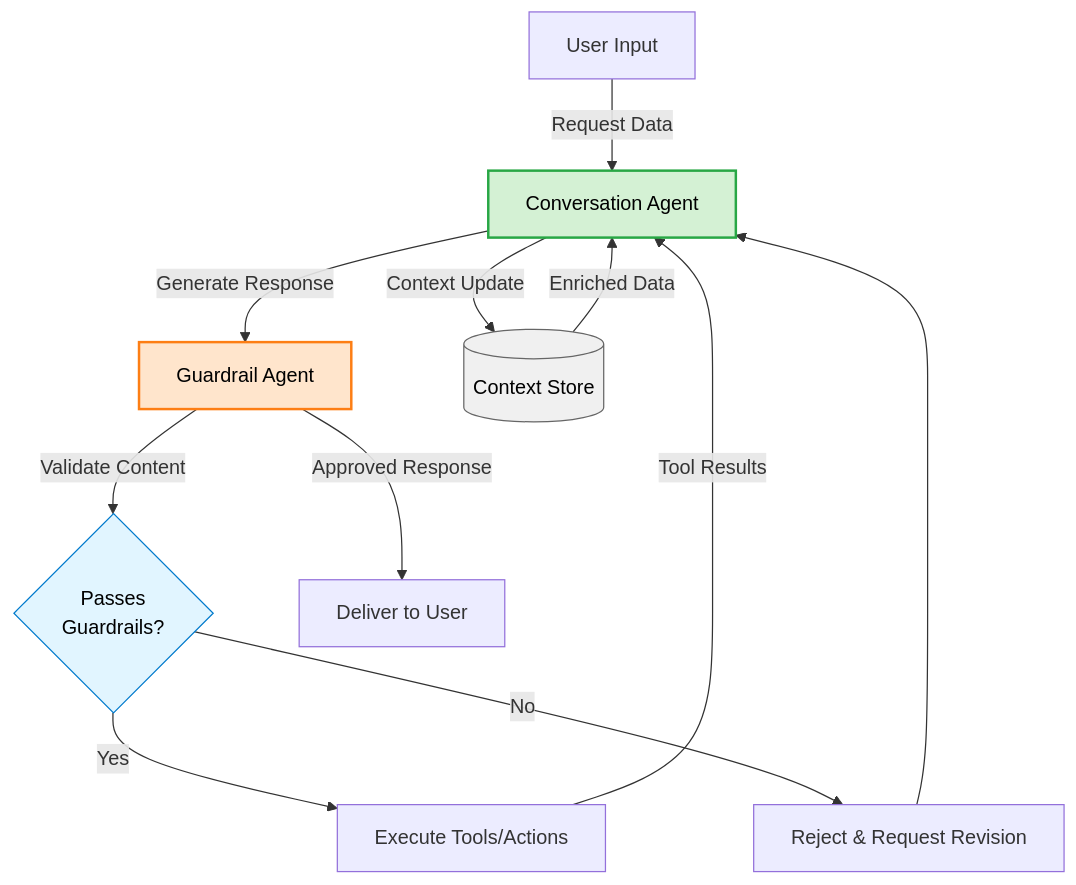
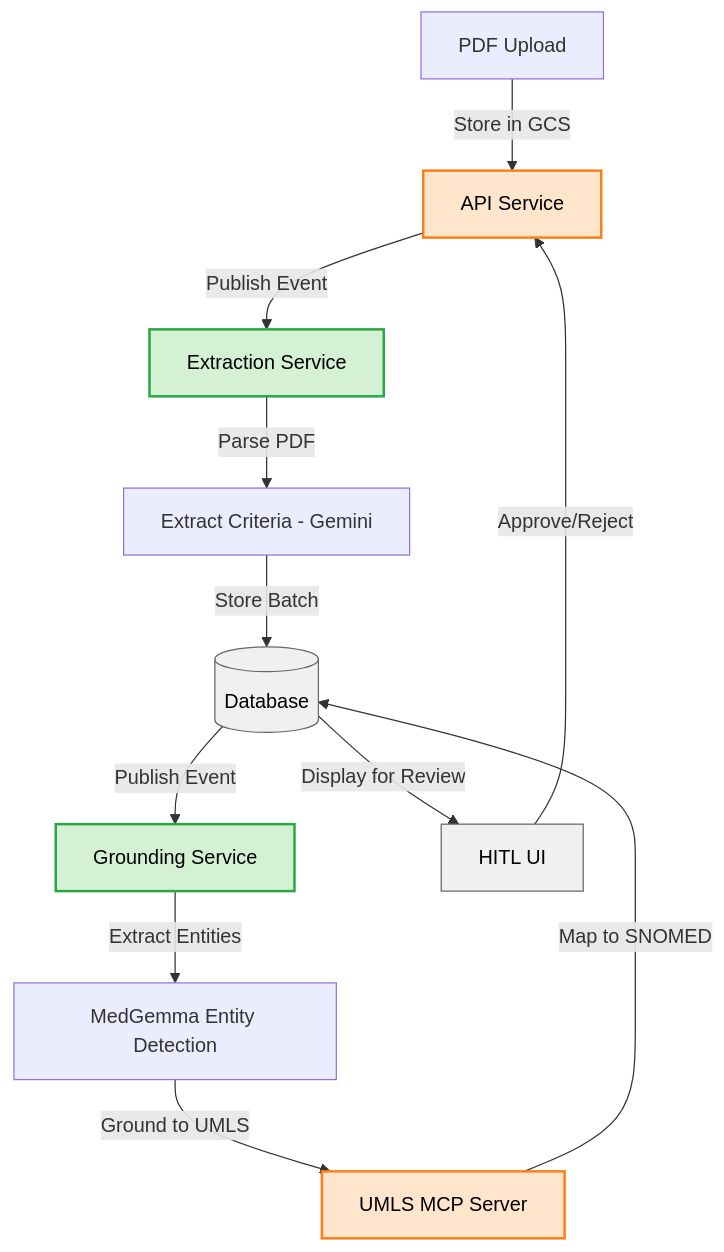
One commit to ElixirTrials/medgemma-hackathon changed the second of 2 diagrams in PROJECT_OVERVIEW.md. Above: the diagram before and after it, drawn with Mermaid. The commit also changed other lines of this file and 7 other files, not shown here.

````diff
--- a/PROJECT_OVERVIEW.md
+++ b/PROJECT_OVERVIEW.md
@@ -104,23 +93,21 @@
 ```mermaid
 graph TD
-    User[User Input] -->|Request Data| ConvAgent[Conversation Agent]
-    ConvAgent -->|Generate Response| Guard[Guardrail Agent]
-    Guard -->|Validate Content| Decision{Passes<br/>Guardrails?}
-    Decision -->|Yes| Tools[Execute Tools/Actions]
-    Decision -->|No| Reject[Reject & Request Revision]
-    Reject --> ConvAgent
-    Tools -->|Tool Results| ConvAgent
-    ConvAgent -->|Context Update| Context[(Context Store)]
-    Context -->|Enriched Data| ConvAgent
-    Guard -->|Approved Response| Output[Deliver to User]
+    Upload[PDF Upload] -->|Store in GCS| API[API Service]
+    API -->|Publish Event| Extraction[Extraction Service]
+    Extraction -->|Parse PDF| Extract[Extract Criteria - Gemini]
+    Extract -->|Store Batch| DB[(Database)]
+    DB -->|Publish Event| Grounding[Grounding Service]
+    Grounding -->|Extract Entities| MedGemma[MedGemma Entity Detection]
+    MedGemma -->|Ground to UMLS| UMLS[UMLS MCP Server]
+    UMLS -->|Map to SNOMED| DB
+    DB -->|Display for Review| HITL[HITL UI]
+    HITL -->|Approve/Reject| API
 
     classDef agent fill:#d4f1d4,stroke:#28a745,color:#000,stroke-width:2px;
-    classDef guard fill:#ffe5cc,stroke:#fd7e14,color:#000,stroke-width:2px;
-    classDef decision fill:#e1f5ff,stroke:#007acc,color:#000;
+    classDef service fill:#ffe5cc,stroke:#fd7e14,color:#000,stroke-width:2px;
     classDef data fill:#f0f0f0,stroke:#666,color:#000;
 
-    class ConvAgent agent;
-    class Guard guard;
-    class Decision decision;
-    class Context data;
+    class Extraction,Grounding agent;
+    class API,UMLS service;
+    class DB,HITL data;
 ```
````
